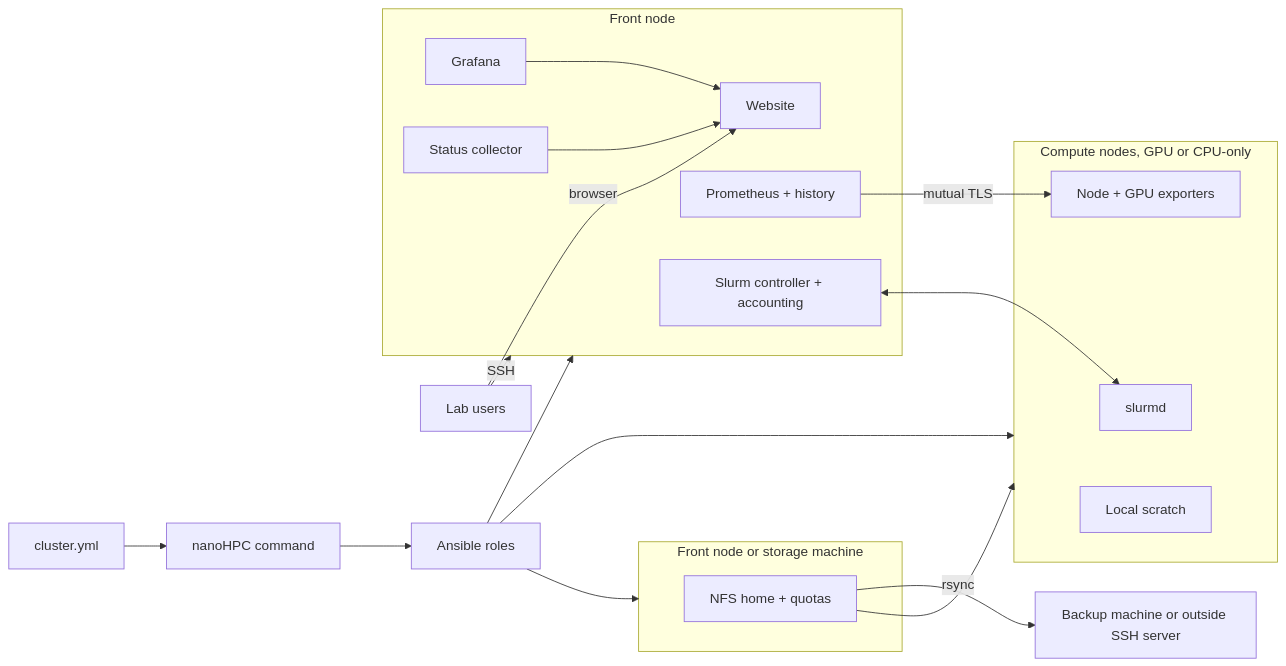
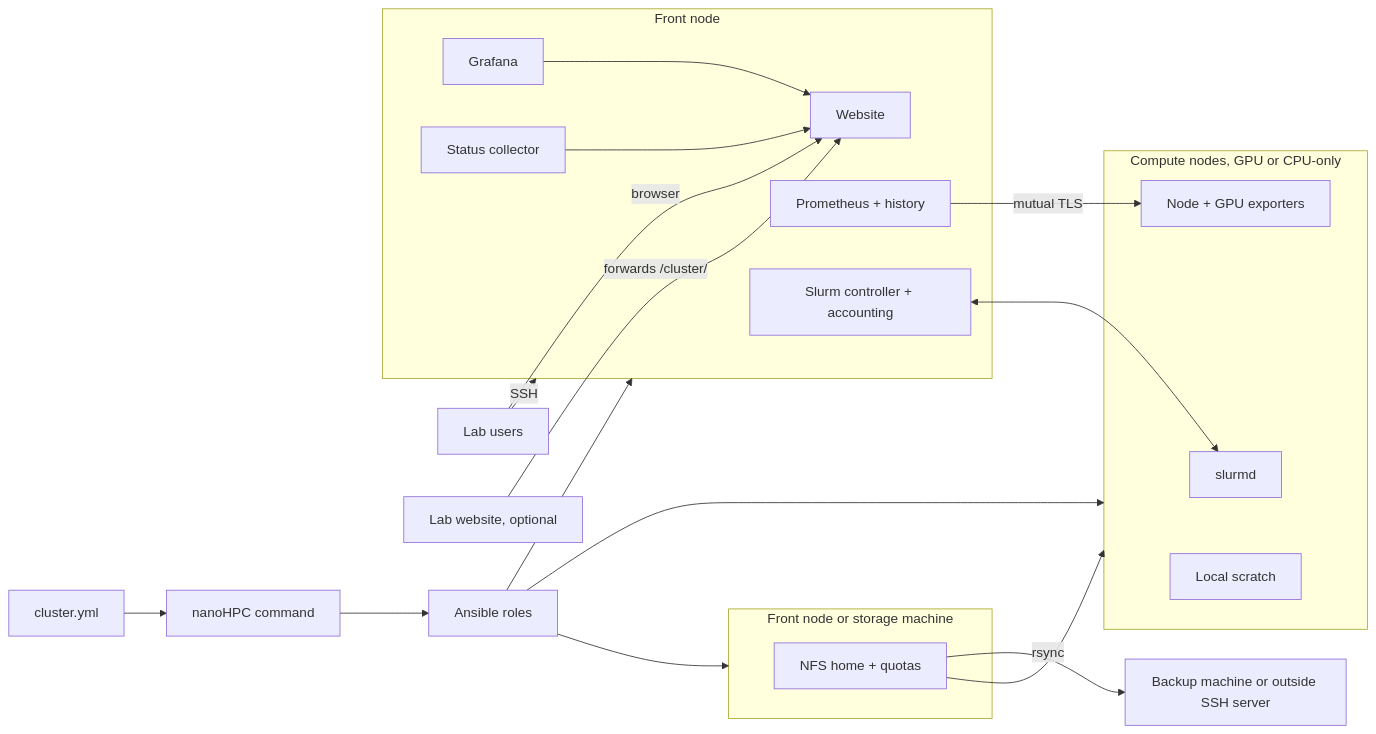
One commit to enajx/nanoHPC changed the second of 2 diagrams in PROJECT.md. Above: the diagram before and after it, drawn with Mermaid. The commit also changed other lines of this file, not shown here.

First line of the commit message:
Update project status after the website step

````diff
--- a/PROJECT.md
+++ b/PROJECT.md
@@ -82,35 +82,36 @@
 ```mermaid
 flowchart LR
   CFG[cluster.yml] --> CLI[nanoHPC command]
   CLI --> ANS[Ansible roles]
   ANS --> FN
   ANS --> CN
   ANS --> ST
 
   subgraph FN[Front node]
     CTL[Slurm controller + accounting]
     PROM[Prometheus + history]
     GRAF[Grafana]
     COL[Status collector]
     WEB[Website]
   end
 
   subgraph ST[Front node or storage machine]
     NFS[NFS home + quotas]
   end
 
   subgraph CN[Compute nodes, GPU or CPU-only]
     SD[slurmd]
     EXP[Node + GPU exporters]
     SCR[Local scratch]
   end
 
   CTL <--> SD
   NFS --> CN
   NFS -- rsync --> BK[Backup machine or outside SSH server]
   PROM -- mutual TLS --> EXP
   COL --> WEB
   GRAF --> WEB
   USERS[Lab users] -- SSH --> FN
   USERS -- browser --> WEB
+  LAB[Lab website, optional] -- forwards /cluster/ --> WEB
 ```
````
